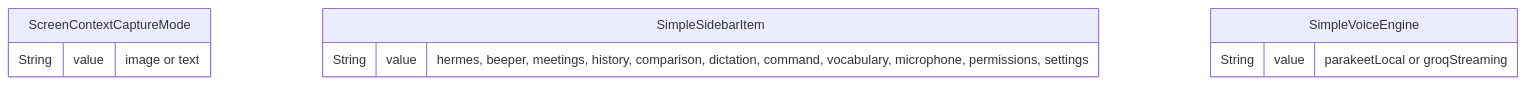
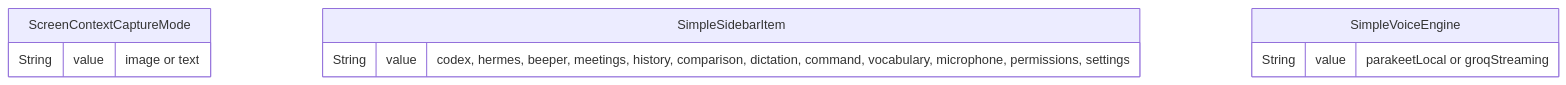
One commit to dkapo88/WonderWhisper-macOS changed the eighth of 14 diagrams in datamodel.md. Above: the diagram before and after it, drawn with Mermaid. The commit also changed other lines of this file and 33 other files, not shown here.

````diff
--- a/datamodel.md
+++ b/datamodel.md
@@ -397,14 +416,14 @@
 ```mermaid
 erDiagram
     ScreenContextCaptureMode {
         String value "image or text"
     }
     
     SimpleSidebarItem {
-        String value "hermes, beeper, meetings, history, comparison, dictation, command, vocabulary, microphone, permissions, settings"
+        String value "codex, hermes, beeper, meetings, history, comparison, dictation, command, vocabulary, microphone, permissions, settings"
     }
     
     SimpleVoiceEngine {
         String value "parakeetLocal or groqStreaming"
     }
 ```
````
